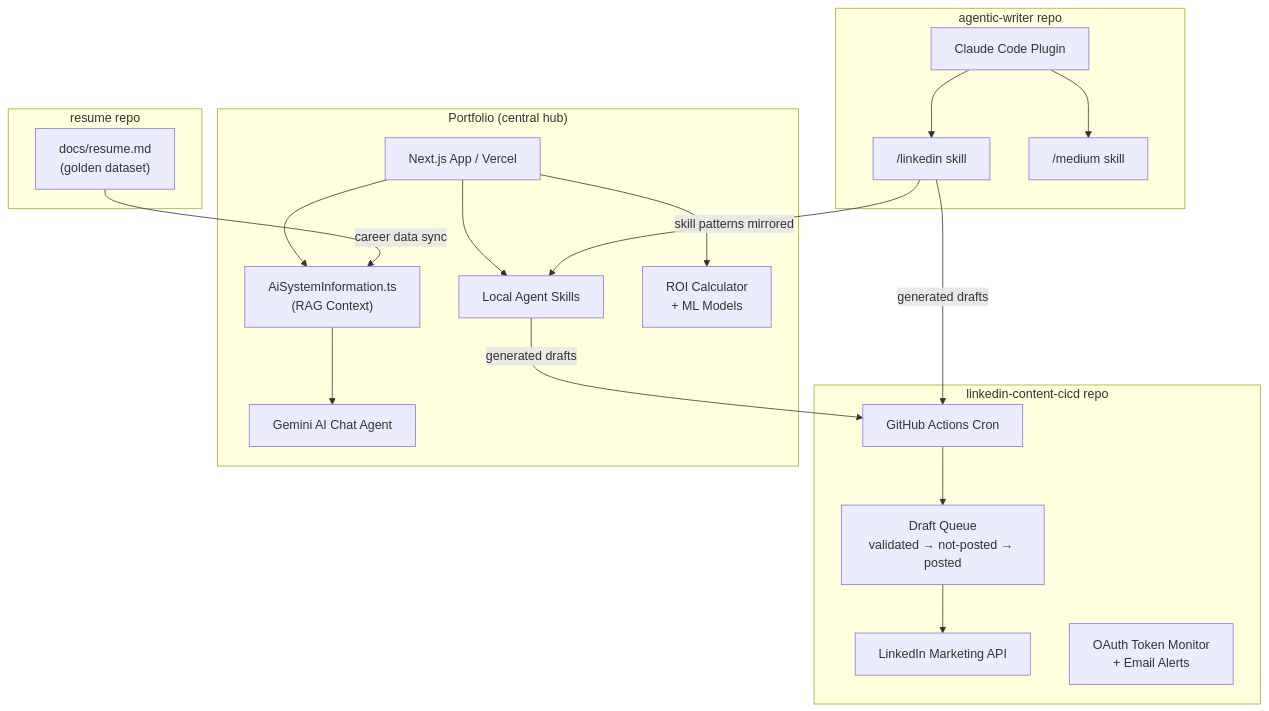
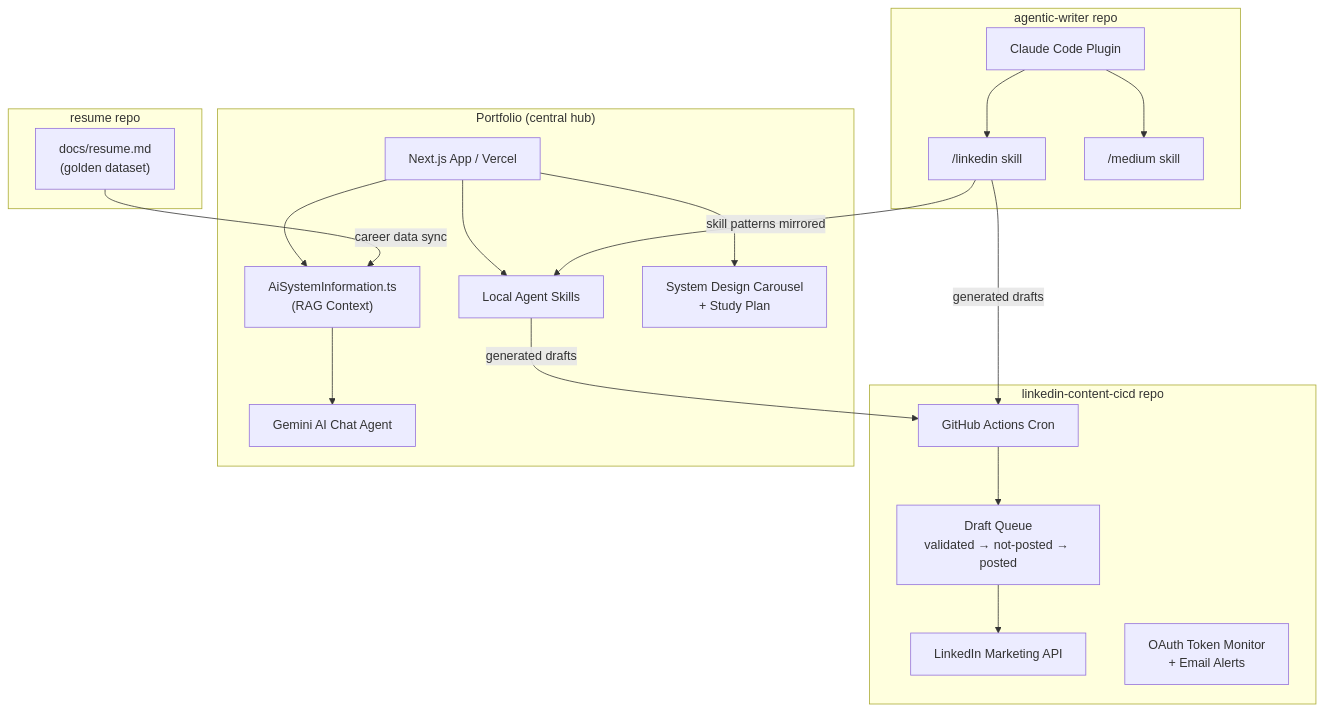
The first of 4 diagrams in README.md (thomas-to-bcheme/thomas-to-bcheme), drawn with Mermaid before and after one commit. The commit also changed other lines of this file and 12 other files, not shown here.

First line of the commit message:
Sync docs with current architecture; make ZeroGPU backend headless-only

````diff
--- a/README.md
+++ b/README.md
@@ -25,40 +25,40 @@
 ```mermaid
 flowchart TB
     subgraph resume["resume repo"]
         R1["docs/resume.md\n(golden dataset)"]
     end
 
     subgraph agentic_writer["agentic-writer repo"]
         AW1["Claude Code Plugin"]
         AW2["/linkedin skill"]
         AW3["/medium skill"]
         AW1 --> AW2
         AW1 --> AW3
     end
 
     subgraph linkedin_cicd["linkedin-content-cicd repo"]
         LC1["GitHub Actions Cron"]
         LC2["Draft Queue\nvalidated → not-posted → posted"]
         LC3["LinkedIn Marketing API"]
         LC4["OAuth Token Monitor\n+ Email Alerts"]
         LC1 --> LC2
         LC2 --> LC3
     end
 
     subgraph portfolio["Portfolio (central hub)"]
         P1["Next.js App / Vercel"]
         P2["AiSystemInformation.ts\n(RAG Context)"]
         P3["Gemini AI Chat Agent"]
         P4["Local Agent Skills"]
-        P5["ROI Calculator\n+ ML Models"]
+        P5["System Design Carousel\n+ Study Plan"]
         P1 --> P2
         P2 --> P3
         P1 --> P4
         P1 --> P5
     end
 
     R1 -- "career data sync" --> P2
     AW2 -- "skill patterns mirrored" --> P4
     AW2 -- "generated drafts" --> LC1
     P4 -- "generated drafts" --> LC1
 ```
````
